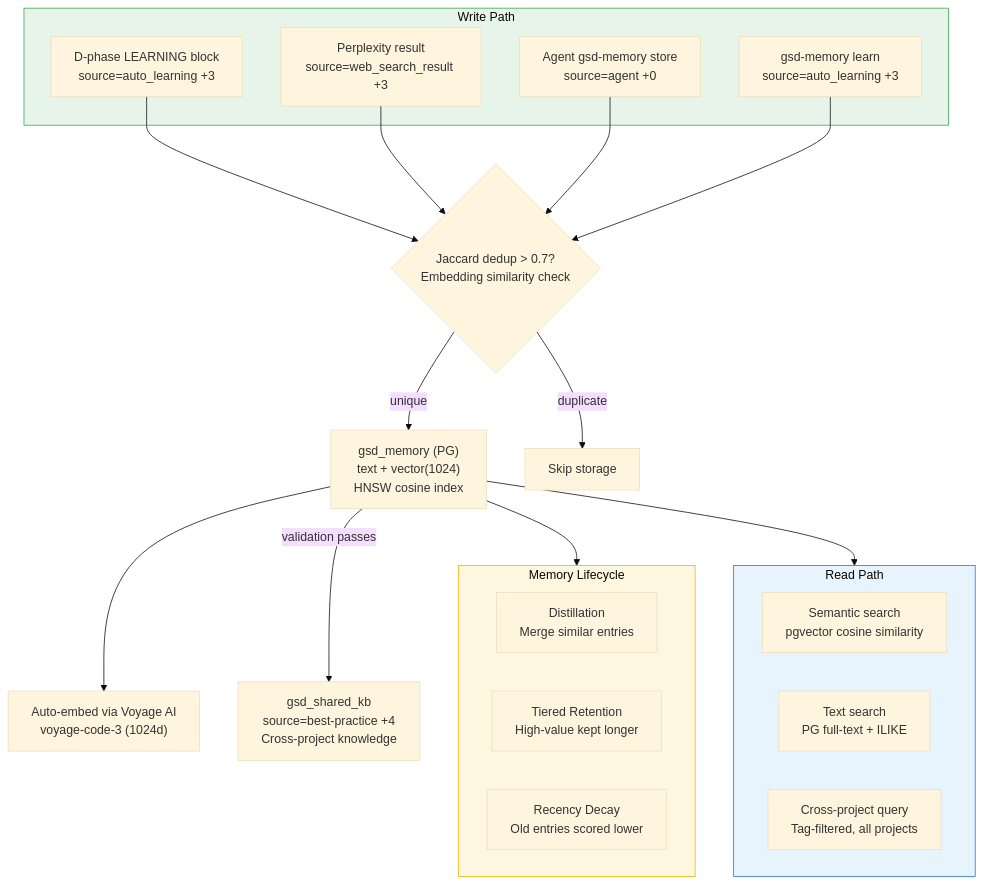
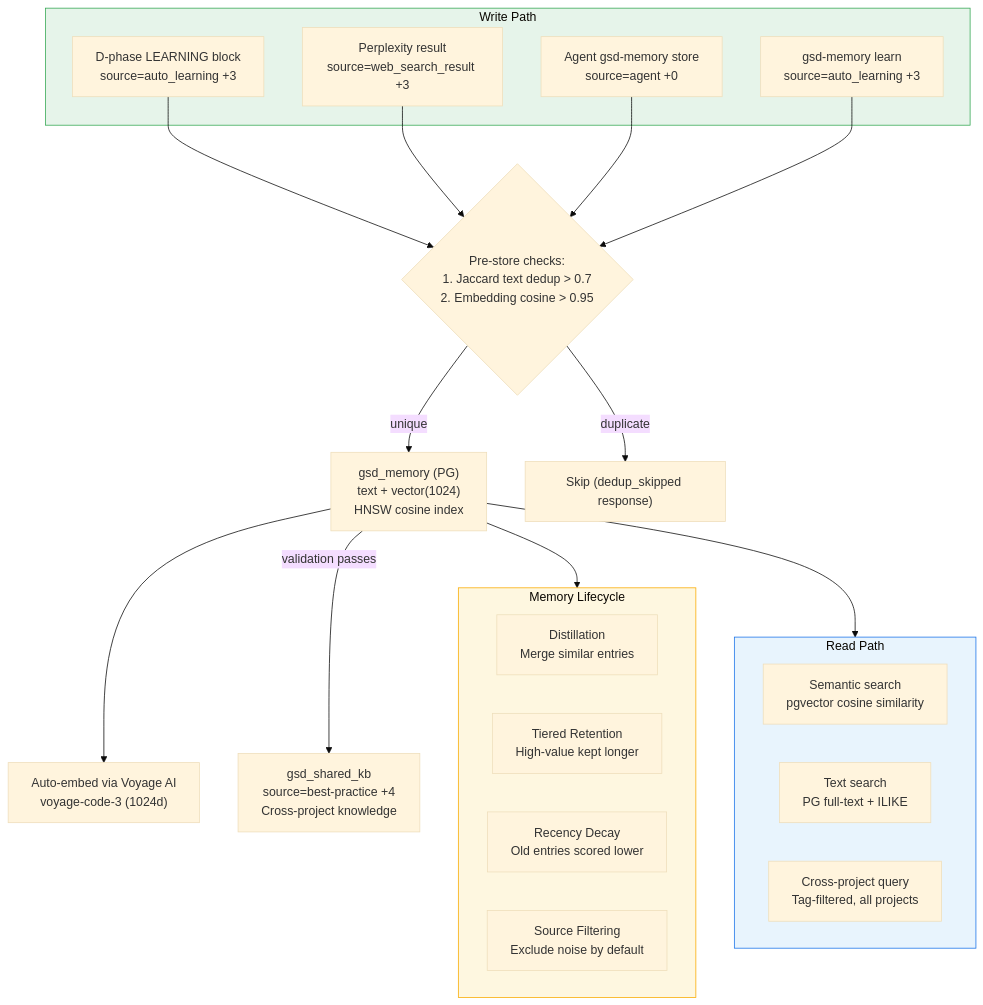
The fourth of 10 diagrams in README.md (Luiscmogrovejo/gsd-amauta), drawn with Mermaid (base theme) before and after one commit. The commit also changed other lines of this file, not shown here.

Commit message:
docs: comprehensive README with all v2.2-2.4 features, 20 patterns, Mermaid diagrams

````diff
--- a/README.md
+++ b/README.md
@@ -188,38 +213,39 @@
 ```mermaid
 graph TB
     subgraph Write["Write Path"]
         DPH["D-phase LEARNING block<br/>source=auto_learning +3"]
         PPX["Perplexity result<br/>source=web_search_result +3"]
         AGT["Agent gsd-memory store<br/>source=agent +0"]
         LRN["gsd-memory learn<br/>source=auto_learning +3"]
     end
 
-    DPH & PPX & AGT & LRN --> DEDUP{"Jaccard dedup > 0.7?<br/>Embedding similarity check"}
+    DPH & PPX & AGT & LRN --> DEDUP{"Pre-store checks:<br/>1. Jaccard text dedup > 0.7<br/>2. Embedding cosine > 0.95"}
 
     DEDUP -->|unique| PG["gsd_memory (PG)<br/>text + vector(1024)<br/>HNSW cosine index"]
-    DEDUP -->|duplicate| SKIP["Skip storage"]
+    DEDUP -->|duplicate| SKIP["Skip (dedup_skipped response)"]
 
     PG --> EMBED["Auto-embed via Voyage AI<br/>voyage-code-3 (1024d)"]
 
     PG -->|"validation passes"| SKB["gsd_shared_kb<br/>source=best-practice +4<br/>Cross-project knowledge"]
 
     subgraph Lifecycle["Memory Lifecycle"]
         DIST["Distillation<br/>Merge similar entries"]
         RET["Tiered Retention<br/>High-value kept longer"]
         DEC["Recency Decay<br/>Old entries scored lower"]
+        FILT["Source Filtering<br/>Exclude noise by default"]
     end
 
     PG --> Lifecycle
 
     subgraph Read["Read Path"]
         SEM["Semantic search<br/>pgvector cosine similarity"]
         TXT["Text search<br/>PG full-text + ILIKE"]
         XP["Cross-project query<br/>Tag-filtered, all projects"]
     end
 
     PG --> Read
 
     style Write fill:#e6f4ea,stroke:#34a853
     style Lifecycle fill:#fef7e0,stroke:#f9ab00
     style Read fill:#e8f4fd,stroke:#1a73e8
 ```
````
